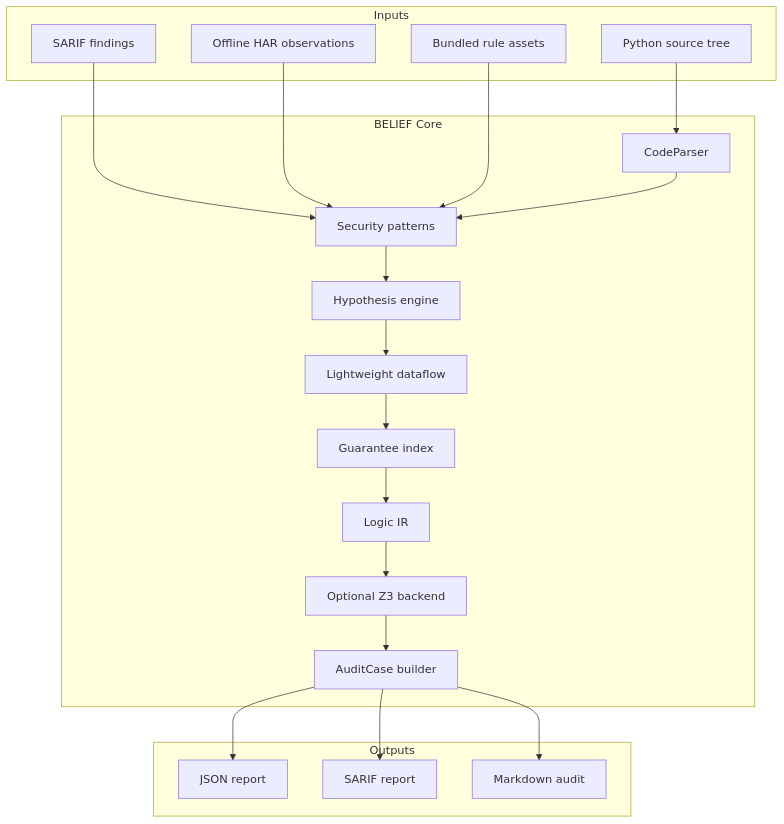
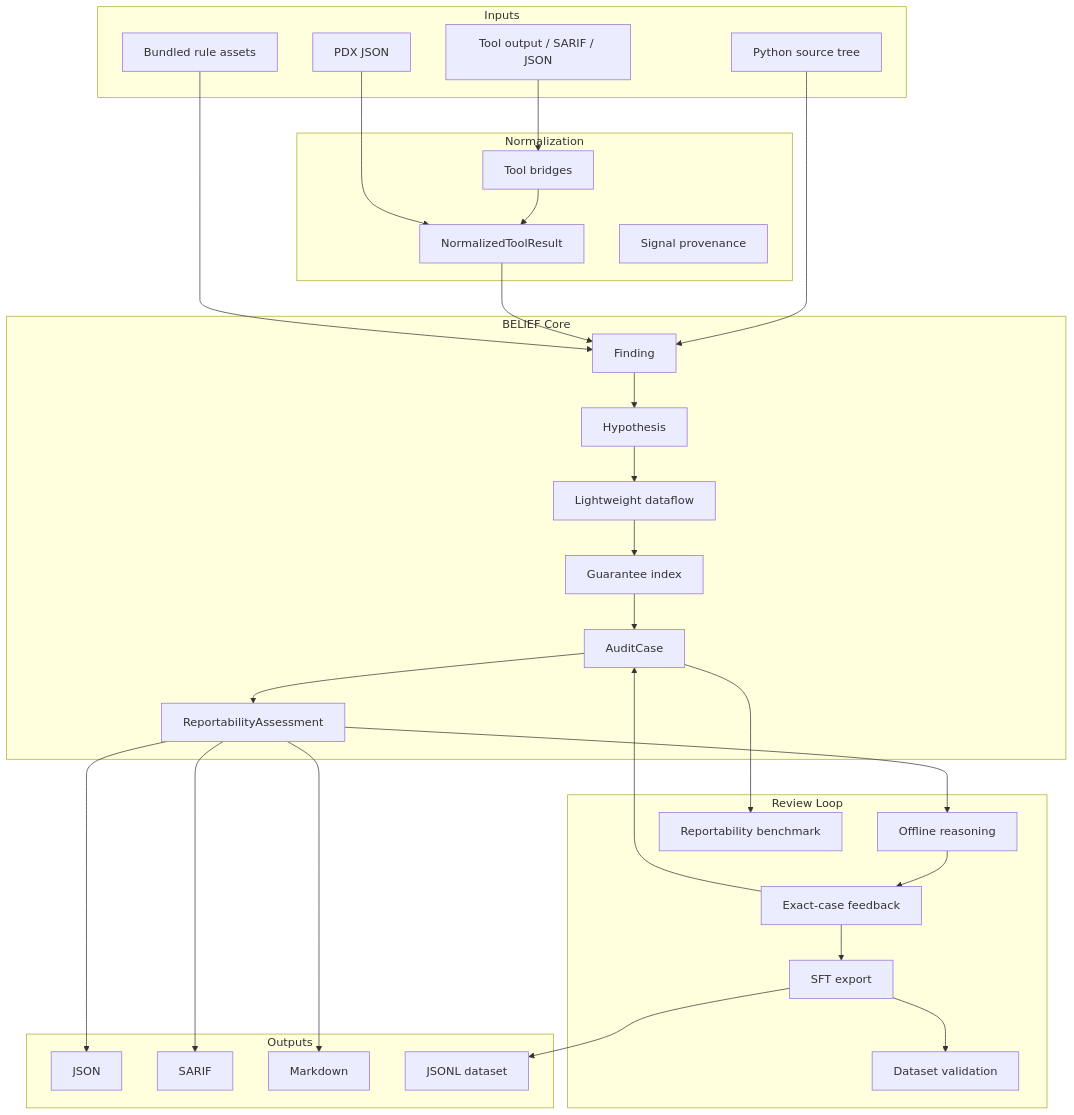
The second of 2 diagrams in README.md (grizzly2005/belief), drawn with Mermaid before and after one commit. The commit also changed other lines of this file, not shown here.

Commit message:
Polish README reportability positioning

````diff
--- a/README.md
+++ b/README.md
@@ -129,35 +194,52 @@
 ```mermaid
 flowchart TB
     subgraph Inputs
         SRC[Python source tree]
-        SARIF[SARIF findings]
-        HAR[Offline HAR observations]
+        TOOL[Tool output / SARIF / JSON]
+        PDX[PDX JSON]
         RULES[Bundled rule assets]
     end
 
+    subgraph Normalization
+        BRIDGE[Tool bridges]
+        NTR[NormalizedToolResult]
+        PROV[Signal provenance]
+    end
+
     subgraph BELIEF Core
-        PARSER[CodeParser]
-        PATTERNS[Security patterns]
-        HYP[Hypothesis engine]
+        FIND[Finding]
+        HYP[Hypothesis]
         FLOW[Lightweight dataflow]
         GUAR[Guarantee index]
-        LOGIC[Logic IR]
-        Z3[Optional Z3 backend]
-        AUDIT[AuditCase builder]
+        AUDIT[AuditCase]
+        REPORT[ReportabilityAssessment]
+    end
+
+    subgraph Review Loop
+        REASON[Offline reasoning]
+        FEEDBACK[Exact-case feedback]
+        DATASET[SFT export]
+        QUALITY[Dataset validation]
+        BENCH[Reportability benchmark]
     end
 
     subgraph Outputs
-        JSON[JSON report]
-        SARIF_OUT[SARIF report]
-        MD[Markdown audit]
+        JSON[JSON]
+        SARIF[SARIF]
+        MD[Markdown]
+        SFT[JSONL dataset]
     end
 
-    SRC --> PARSER
-    SARIF --> PATTERNS
-    HAR --> PATTERNS
-    RULES --> PATTERNS
-    PARSER --> PATTERNS --> HYP --> FLOW --> GUAR --> LOGIC --> Z3 --> AUDIT
-    AUDIT --> JSON
-    AUDIT --> SARIF_OUT
-    AUDIT --> MD
+    SRC --> FIND
+    TOOL --> BRIDGE --> NTR --> FIND
+    PDX --> NTR
+    RULES --> FIND
+    FIND --> HYP --> FLOW --> GUAR --> AUDIT --> REPORT
+    REPORT --> REASON --> FEEDBACK --> AUDIT
+    REPORT --> JSON
+    REPORT --> SARIF
+    REPORT --> MD
+    FEEDBACK --> DATASET --> QUALITY
+    AUDIT --> BENCH
+    DATASET --> SFT
 ```
````
